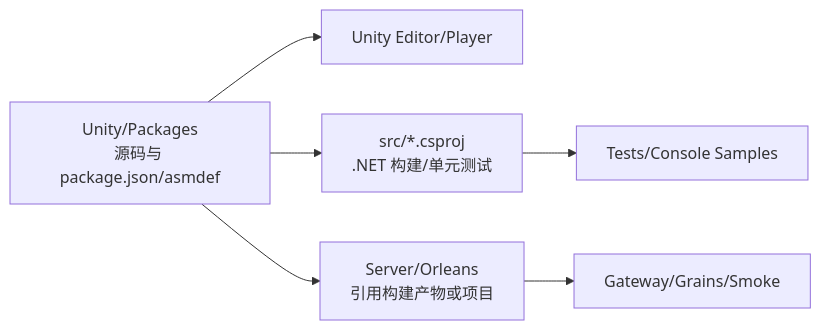
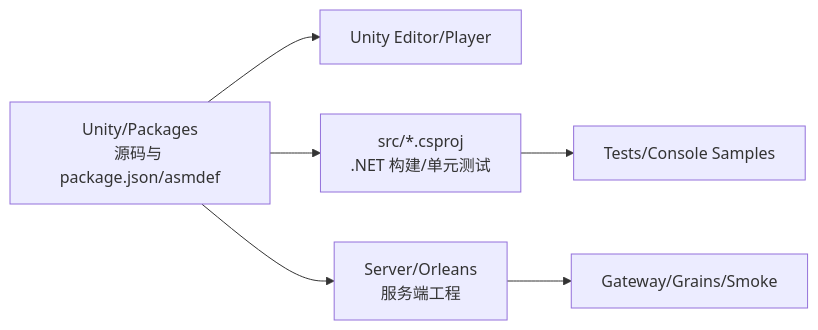
Before and after one commit to Kurumioi/AbilityKit: the fourth of 15 diagrams in Docs/design/01-OverviewAndGettingStarted/00-AbilityKitCapabilityMap.md, drawn with Mermaid. The commit also changed other lines of this file and 389 other files, not shown here.

````diff
--- a/Docs/design/01-OverviewAndGettingStarted/00-AbilityKitCapabilityMap.md
+++ b/Docs/design/01-OverviewAndGettingStarted/00-AbilityKitCapabilityMap.md
@@ -88,8 +168,8 @@
 ```mermaid
 flowchart LR
-    P[Unity/Packages\n源码与 package.json/asmdef] --> U[Unity Editor/Player]
-    P --> S[src/*.csproj\n.NET 构建/单元测试]
-    P --> O[Server/Orleans\n引用构建产物或项目]
+    P[Unity/Packages<br/>源码与 package.json/asmdef] --> U[Unity Editor/Player]
+    P --> S[src/*.csproj<br/>.NET 构建/单元测试]
+    P --> O[Server/Orleans<br/>服务端工程]
     S --> T[Tests/Console Samples]
     O --> G[Gateway/Grains/Smoke]
 ```
````
